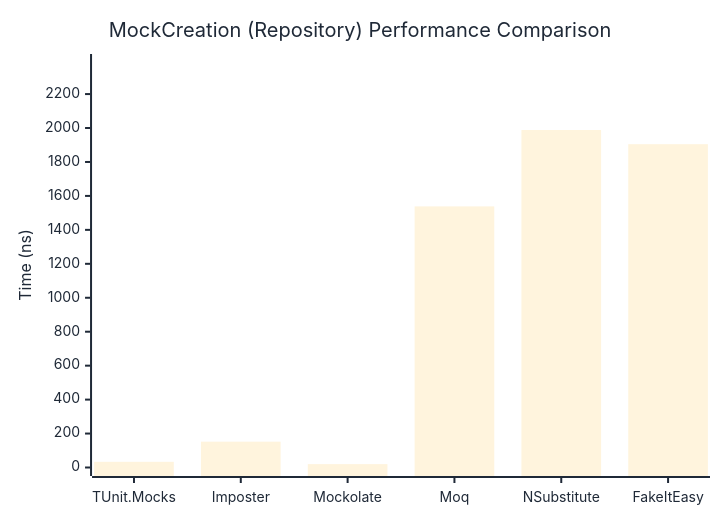
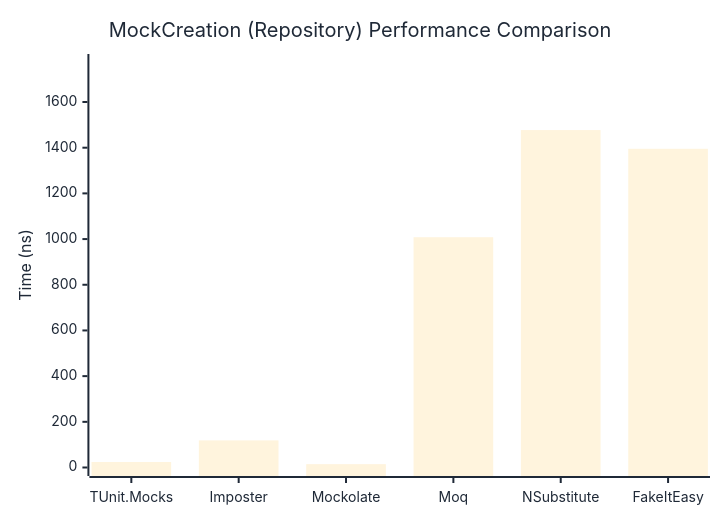
The second of 2 diagrams in docs/docs/benchmarks/mocks/MockCreation.md (thomhurst/TUnit), drawn with Mermaid before and after one commit. The commit also changed other lines of this file and 14 other files, not shown here.

````diff
--- a/docs/docs/benchmarks/mocks/MockCreation.md
+++ b/docs/docs/benchmarks/mocks/MockCreation.md
@@ -71,27 +71,27 @@
 ```mermaid
 %%{init: {
   'theme':'base',
   'themeVariables': {
     'primaryColor': '#2563eb',
     'primaryTextColor': '#1f2937',
     'primaryBorderColor': '#1e40af',
     'lineColor': '#6b7280',
     'secondaryColor': '#7c3aed',
     'tertiaryColor': '#dc2626',
     'background': '#ffffff',
     'pie1': '#2563eb',
     'pie2': '#7c3aed',
     'pie3': '#dc2626',
     'pie4': '#f59e0b',
     'pie5': '#10b981',
     'pie6': '#06b6d4',
     'pie7': '#ec4899',
     'pie8': '#6366f1'
   }
 }}%%
 xychart-beta
   title "MockCreation (Repository) Performance Comparison"
   x-axis ["TUnit.Mocks", "Imposter", "Mockolate", "Moq", "NSubstitute", "FakeItEasy"]
-  y-axis "Time (ns)" 0 --> 2386
-  bar [33.46, 152.2, 19.79, 1538.26, 1988.31, 1904.78]
+  y-axis "Time (ns)" 0 --> 1773
+  bar [24.18, 118.65, 14.59, 1008.08, 1477.13, 1395.24]
 ```
````
